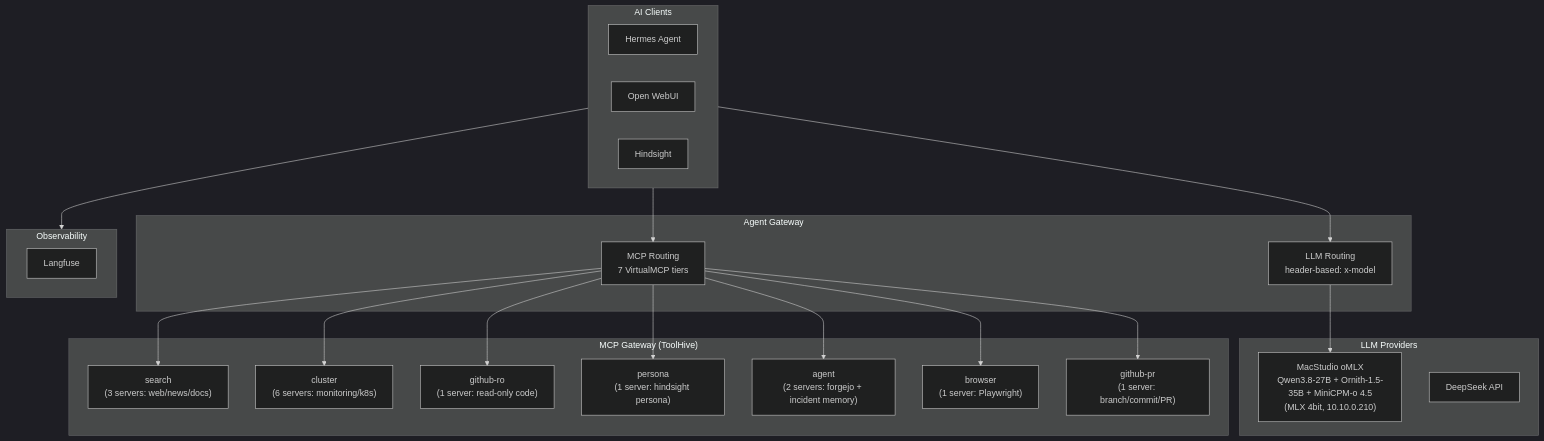
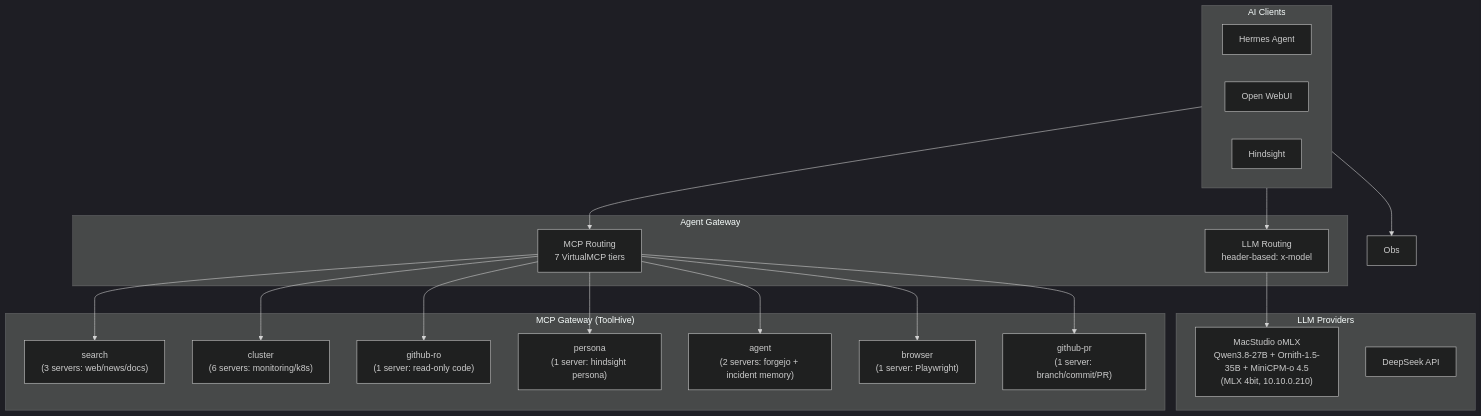
One commit to soulwhisper/home-ops changed the diagram in docs/application/ai.md. Above: the diagram before and after it, drawn with Mermaid (dark theme). The commit also changed other lines of this file and 35 other files, not shown here.

````diff
--- a/docs/application/ai.md
+++ b/docs/application/ai.md
@@ -8,45 +8,41 @@
 ```mermaid
 flowchart TB
     subgraph Clients["AI Clients"]
         Hermes["Hermes Agent"]
         OWUI["Open WebUI"]
         HS["Hindsight"]
     end
 
     subgraph Gateway["Agent Gateway"]
         AG-LLM["LLM Routing<br/>header-based: x-model"]
         AG-MCP["MCP Routing<br/>7 VirtualMCP tiers"]
     end
 
     subgraph LLM["LLM Providers"]
         Studio["MacStudio oMLX<br/>Qwen3.8-27B + Ornith-1.5-35B + MiniCPM-o 4.5<br/>(MLX 4bit, 10.10.0.210)"]
         External["DeepSeek API"]
     end
 
     subgraph MCP["MCP Gateway (ToolHive)"]
         VMCP-SEARCH["search<br/>(3 servers: web/news/docs)"]
         VMCP-CLUSTER["cluster<br/>(6 servers: monitoring/k8s)"]
         VMCP-GITHUBRO["github-ro<br/>(1 server: read-only code)"]
         VMCP-HOME["persona<br/>(1 server: hindsight persona)"]
 
         VMCP-AGENT["agent<br/>(2 servers: forgejo + incident memory)"]
         VMCP-BROWSER["browser<br/>(1 server: Playwright)"]
         VMCP-GITHUBPR["github-pr<br/>(1 server: branch/commit/PR)"]
     end
 
-    subgraph Obs["Observability"]
-        Langfuse["Langfuse"]
-    end
-
     Clients --> AG-LLM
     Clients --> AG-MCP
     AG-LLM --> Studio
     AG-MCP --> VMCP-SEARCH
     AG-MCP --> VMCP-CLUSTER
     AG-MCP --> VMCP-GITHUBRO
     AG-MCP --> VMCP-HOME
     AG-MCP --> VMCP-AGENT
     AG-MCP --> VMCP-BROWSER
     AG-MCP --> VMCP-GITHUBPR
     Clients --> Obs
 ```
````
